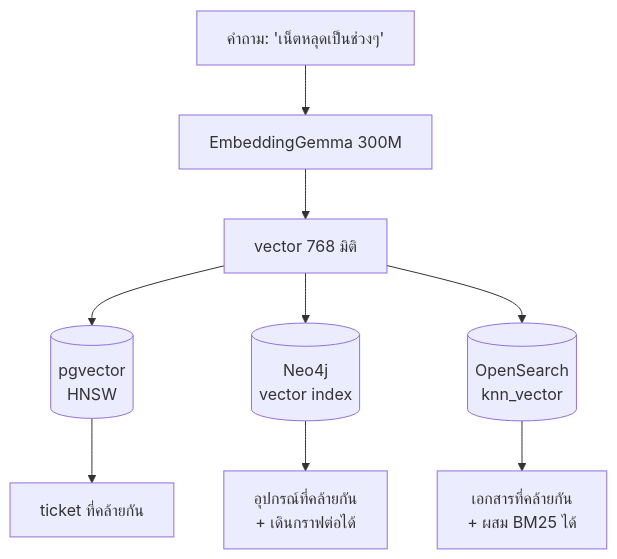
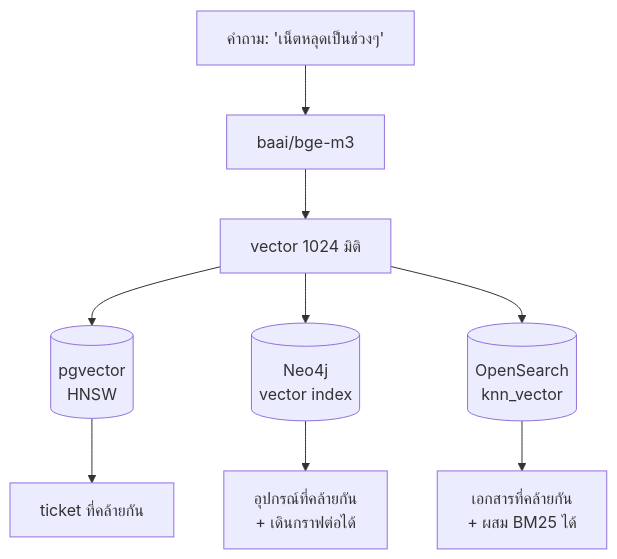
The diagram in instructions/day3/09-lab5-vector-store-comparison.md (LLM-CE-KMITL/mcp-workshop), drawn with Mermaid before and after one commit. The commit also changed 43 other files, not shown here.

````diff
--- a/instructions/day3/09-lab5-vector-store-comparison.md
+++ b/instructions/day3/09-lab5-vector-store-comparison.md
@@ -21,11 +21,11 @@
 ```mermaid
 flowchart TB
-    Q["คำถาม: 'เน็ตหลุดเป็นช่วงๆ'"] --> E["EmbeddingGemma 300M"]
-    E --> V["vector 768 มิติ"]
+    Q["คำถาม: 'เน็ตหลุดเป็นช่วงๆ'"] --> E["baai/bge-m3"]
+    E --> V["vector 1024 มิติ"]
     V --> PG[("pgvector<br/>HNSW")]
     V --> NEO[("Neo4j<br/>vector index")]
     V --> OS[("OpenSearch<br/>knn_vector")]
     PG --> R1["ticket ที่คล้ายกัน"]
     NEO --> R2["อุปกรณ์ที่คล้ายกัน<br/>+ เดินกราฟต่อได้"]
     OS --> R3["เอกสารที่คล้ายกัน<br/>+ ผสม BM25 ได้"]
 ```
````
